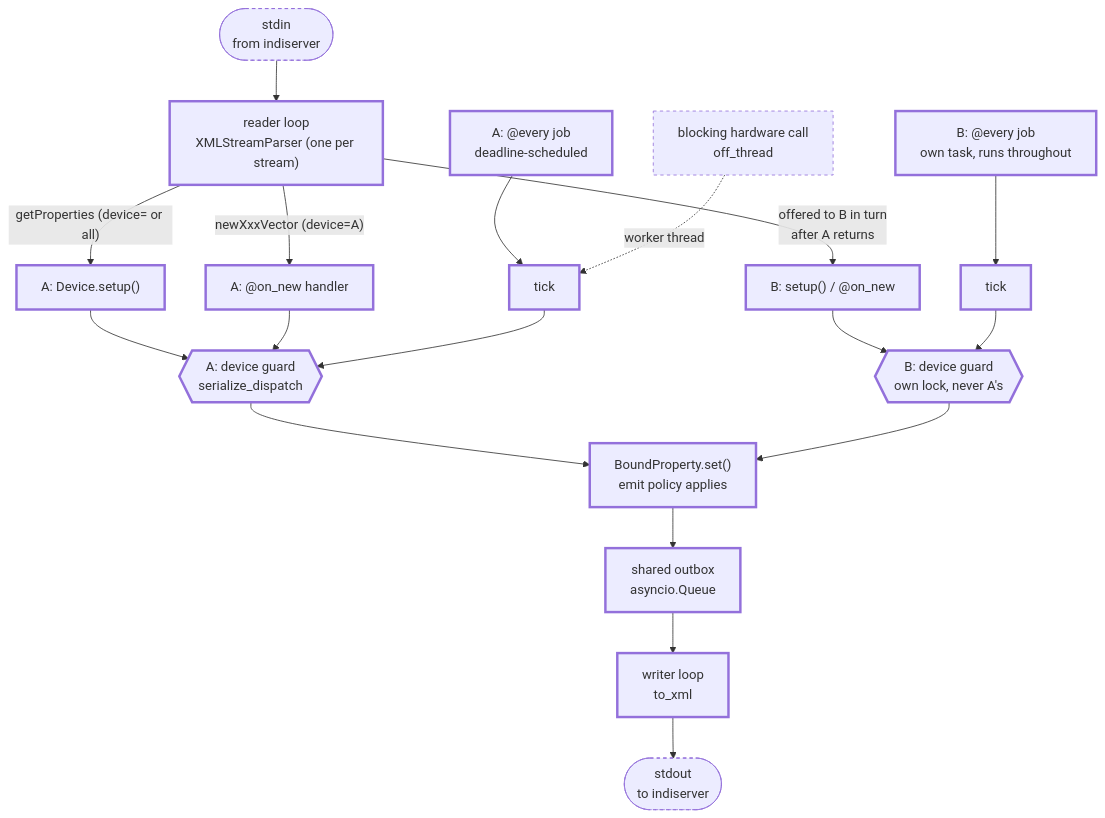
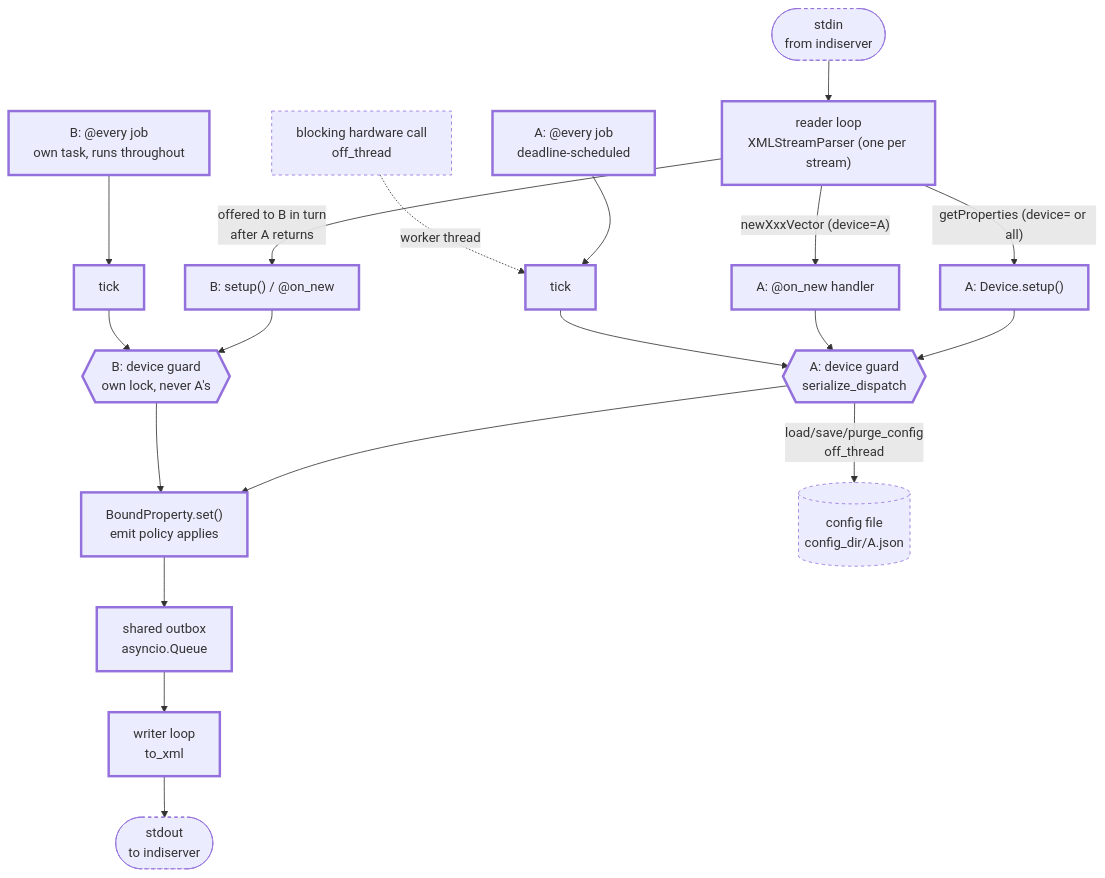
The diagram in src/indi_nexus/CLAUDE.md (sidereal-software/indi-nexus), drawn with Mermaid before and after one commit. The commit also changed other lines of this file and 19 other files, not shown here.

````diff
--- a/src/indi_nexus/CLAUDE.md
+++ b/src/indi_nexus/CLAUDE.md
@@ -14,32 +14,33 @@
 ```mermaid
 flowchart TB
     stdin(["stdin<br/>from indiserver"]) --> reader["reader loop<br/>XMLStreamParser (one per stream)"]
     reader -->|"getProperties (device= or all)"| setup["A: Device.setup()"]
     reader -->|"newXxxVector (device=A)"| disp["A: @on_new handler"]
     reader -->|"offered to B in turn<br/>after A returns"| bdisp["B: setup() / @on_new"]
     timer["A: @every job<br/>deadline-scheduled"] --> tick["tick"]
     btimer["B: @every job<br/>own task, runs throughout"] --> btick["tick"]
 
     setup --> guard{{"A: device guard<br/>serialize_dispatch"}}
     disp --> guard
     tick --> guard
     bdisp --> bguard{{"B: device guard<br/>own lock, never A's"}}
     btick --> bguard
     guard --> props["BoundProperty.set()<br/>emit policy applies"]
     bguard --> props
     props --> outbox["shared outbox<br/>asyncio.Queue"]
     outbox --> writer["writer loop<br/>to_xml"]
     writer --> stdout(["stdout<br/>to indiserver"])
 
     blocking["blocking hardware call<br/>off_thread"] -.->|worker thread| tick
+    guard -->|"load/save/purge_config<br/>off_thread"| cfgfile[("config file<br/>config_dir/A.json")]
 
     %% No colours here on purpose: GitHub and the docs site each theme the diagram
     %% for their own light and dark modes, and a hardcoded light palette turns into
     %% unreadable text on a dark page. Ownership rides on the border instead - thick
     %% solid is ours, thin dashed is not - which survives any theme and never leans
     %% on colour alone.
     classDef ours stroke-width:3px
     classDef ext stroke-width:1px,stroke-dasharray:4 4
     class reader,setup,disp,bdisp,timer,tick,btimer,btick,guard,bguard,props,outbox,writer ours
-    class stdin,stdout,blocking ext
+    class stdin,stdout,blocking,cfgfile ext
 ```
````
